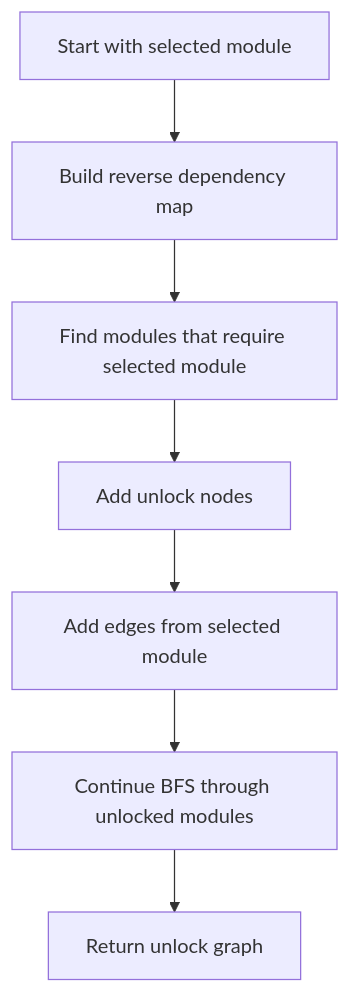
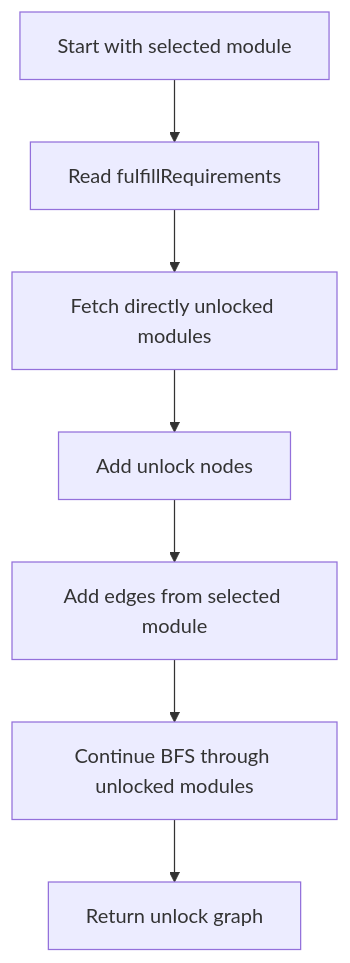
Before and after one commit to arav31/NUS-Tree: diagram 11 of 14 in README.md, drawn with Mermaid. The commit also changed other lines of this file and 3 other files, not shown here.

````diff
--- a/README.md
+++ b/README.md
@@ -1029,9 +968,9 @@
 ```mermaid
 flowchart TD
-    A[Start with selected module] --> B[Build reverse dependency map]
-    B --> C[Find modules that require selected module]
+    A[Start with selected module] --> B[Read fulfillRequirements]
+    B --> C[Fetch directly unlocked modules]
     C --> D[Add unlock nodes]
     D --> E[Add edges from selected module]
     E --> F[Continue BFS through unlocked modules]
     F --> G[Return unlock graph]
 ```
````
